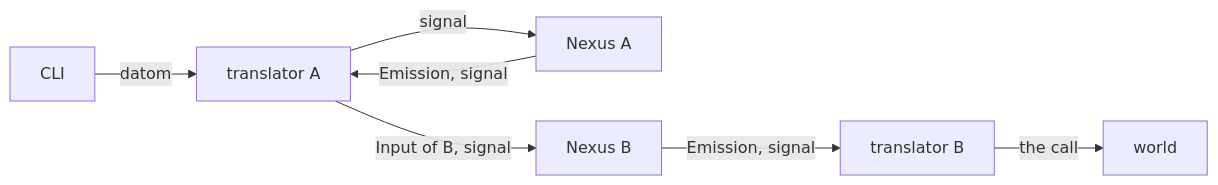
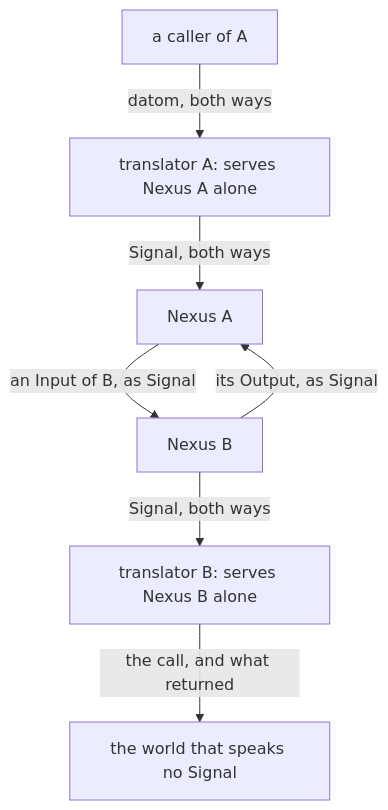
Before and after one commit to LiGoldragon/psyche-belief: diagram 12 of 13 in vision/nexus/1.md, drawn with Mermaid. The commit also changed other lines of this file and 3 other files, not shown here.

First line of the commit message:
vision/nexus/1, vision/nexus/0, vision/ethos/0, vision/code/0: the translator talks for its Nexus to the world that speaks no Signal; emission, connection, CLI, trace (Translator.2, approved by the living)

````diff
--- a/vision/nexus/1.md
+++ b/vision/nexus/1.md
@@ -157,9 +379,9 @@
 ```mermaid
-flowchart LR
-    c["CLI"] -- "datom" --> ta["translator A"]
-    ta -- "signal" --> a["Nexus A"]
-    a -- "Emission, signal" --> ta
-    ta -- "Input of B, signal" --> b["Nexus B"]
-    b -- "Emission, signal" --> tb["translator B"]
-    tb -- "the call" --> w["world"]
+flowchart TB
+    ca["a caller of A"] -- "datom, both ways" --> ta["translator A: serves Nexus A alone"]
+    ta -- "Signal, both ways" --> a["Nexus A"]
+    a -- "an Input of B, as Signal" --> b["Nexus B"]
+    b -- "its Output, as Signal" --> a
+    b -- "Signal, both ways" --> tb["translator B: serves Nexus B alone"]
+    tb -- "the call, and what returned" --> w["the world that speaks no Signal"]
 ```
````
